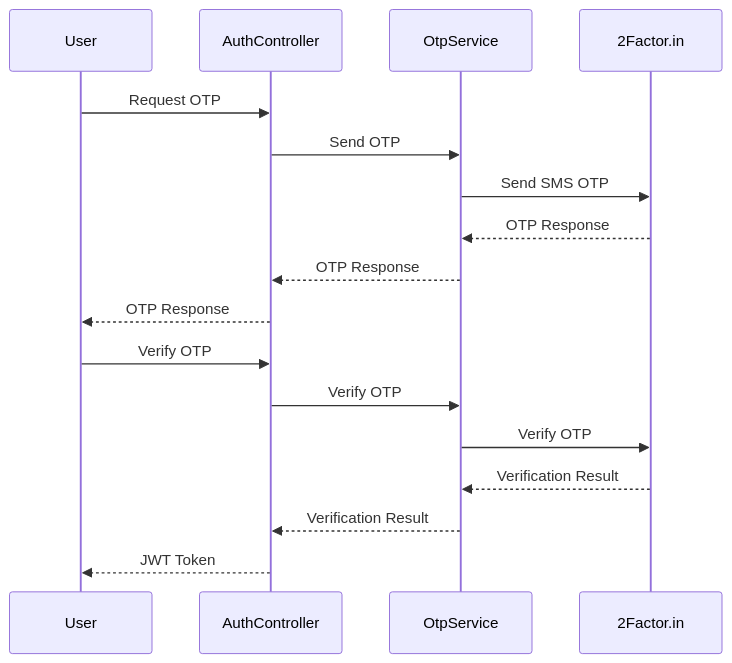
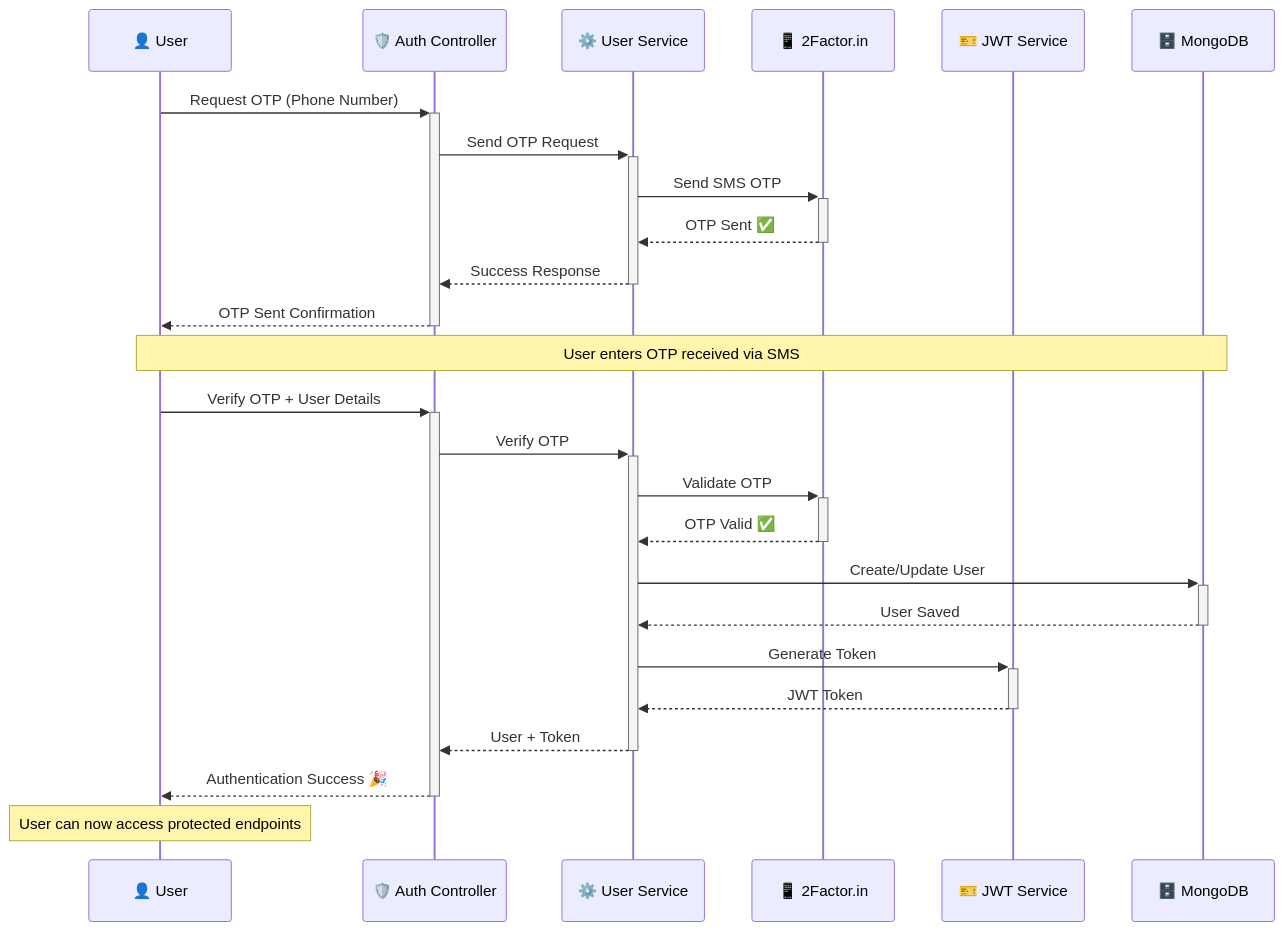
One commit to utkarshxf/threadbit_bakend changed the eighth of 22 diagrams in README.md. Above: the diagram before and after it, drawn with Mermaid. The commit also changed other lines of this file, not shown here.

````diff
--- a/README.md
+++ b/README.md
@@ -360,21 +725,31 @@
 ```mermaid
 sequenceDiagram
-    participant User
-    participant AuthController
-    participant OtpService
-    participant TwoFactor as 2Factor.in
-
-    User->>AuthController: Request OTP
-    AuthController->>OtpService: Send OTP
-    OtpService->>TwoFactor: Send SMS OTP
-    TwoFactor-->>OtpService: OTP Response
-    OtpService-->>AuthController: OTP Response
-    AuthController-->>User: OTP Response
-
-    User->>AuthController: Verify OTP
-    AuthController->>OtpService: Verify OTP
-    OtpService->>TwoFactor: Verify OTP
-    TwoFactor-->>OtpService: Verification Result
-    OtpService-->>AuthController: Verification Result
-    AuthController-->>User: JWT Token
+    participant U as 👤 User
+    participant AC as 🛡️ Auth Controller
+    participant US as ⚙️ User Service
+    participant TF as 📱 2Factor.in
+    participant JWT as 🎫 JWT Service
+    participant DB as 🗄️ MongoDB
+    
+    U->>+AC: Request OTP (Phone Number)
+    AC->>+US: Send OTP Request
+    US->>+TF: Send SMS OTP
+    TF-->>-US: OTP Sent ✅
+    US-->>-AC: Success Response
+    AC-->>-U: OTP Sent Confirmation
+    
+    Note over U,DB: User enters OTP received via SMS
+    
+    U->>+AC: Verify OTP + User Details
+    AC->>+US: Verify OTP
+    US->>+TF: Validate OTP
+    TF-->>-US: OTP Valid ✅
+    US->>+DB: Create/Update User
+    DB-->>-US: User Saved
+    US->>+JWT: Generate Token
+    JWT-->>-US: JWT Token
+    US-->>-AC: User + Token
+    AC-->>-U: Authentication Success 🎉
+    
+    Note over U: User can now access protected endpoints
 ```
````
